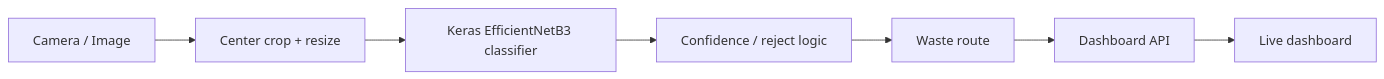
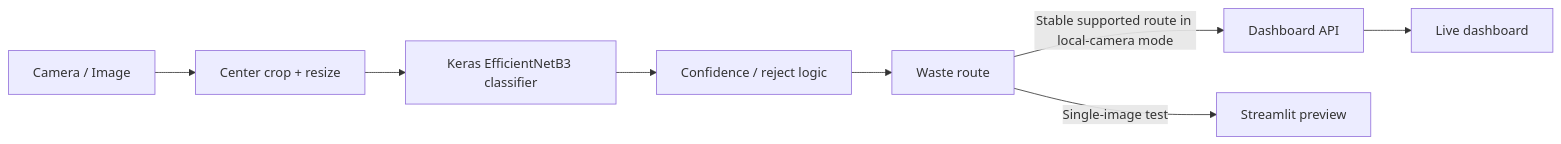
One commit to elgiar22/EcoSort changed the diagram in README.md. Above: the diagram before and after it, drawn with Mermaid. The commit also changed other lines of this file, not shown here.

````diff
--- a/README.md
+++ b/README.md
@@ -22,9 +22,10 @@
 ```mermaid
 flowchart LR
     A[Camera / Image] --> B[Center crop + resize]
     B --> C[Keras EfficientNetB3 classifier]
     C --> D[Confidence / reject logic]
     D --> E[Waste route]
-    E --> F[Dashboard API]
+    E -->|Stable supported route in local-camera mode| F[Dashboard API]
     F --> G[Live dashboard]
+    E -->|Single-image test| H[Streamlit preview]
 ```
````
